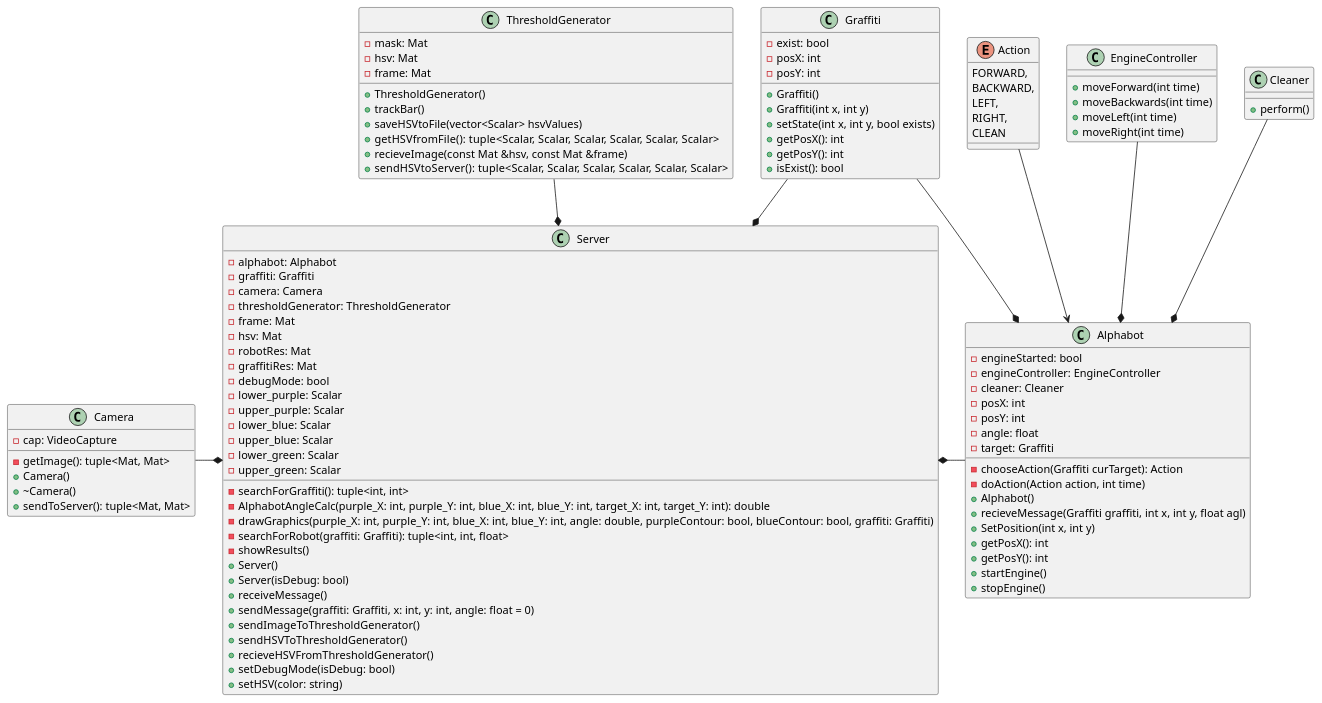
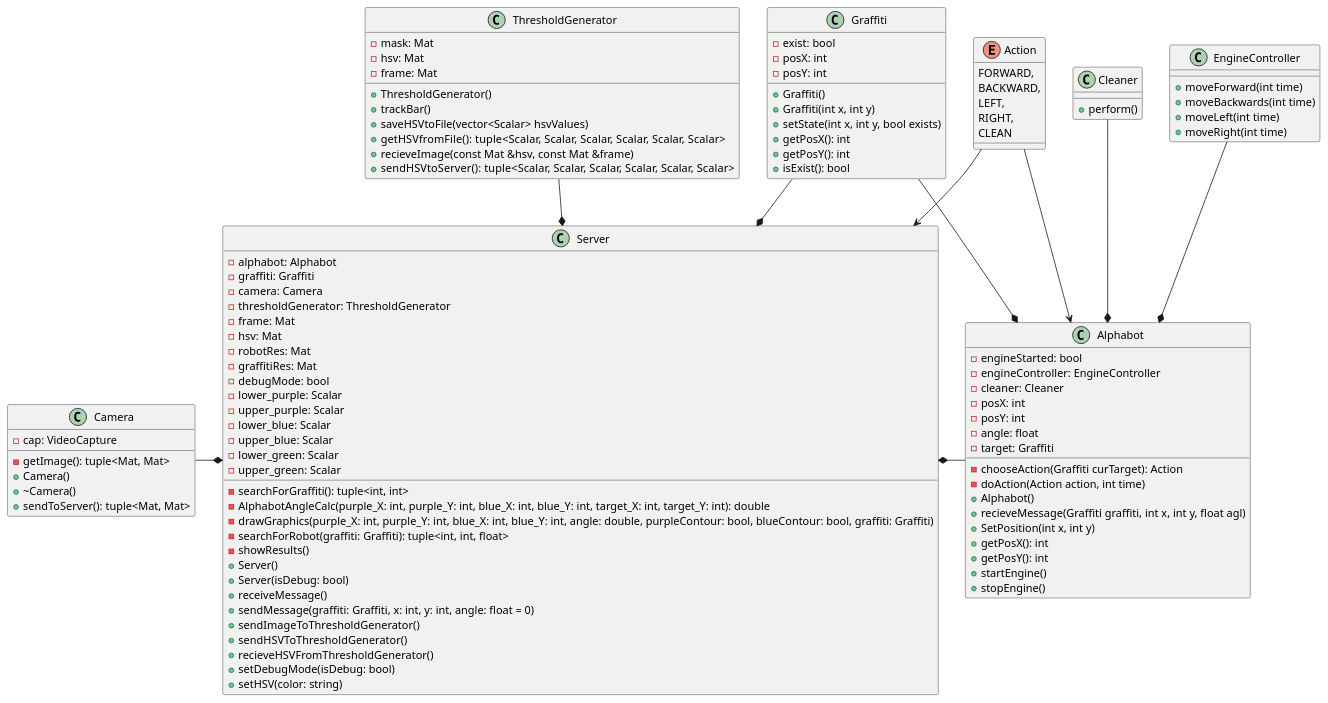
Before and after one commit to kolganovr/Alphabot: the diagram in plantUML.wsd, drawn with PlantUML. The commit also changed 11 other files, not shown here.

```diff
--- a/plantUML.wsd
+++ b/plantUML.wsd
@@ -1,114 +1,115 @@
 @startuml Alphabot
 
 enum Action {
     FORWARD,
     BACKWARD,
     LEFT,
     RIGHT,
     CLEAN
 }
 
 class EngineController {
     + moveForward(int time)
     + moveBackwards(int time)
     + moveLeft(int time)
     + moveRight(int time)
 }
 
 class Cleaner {
     + perform()
 }
 
 class Camera {
     - cap: VideoCapture
     - getImage(): tuple<Mat, Mat>
     + Camera()
     + ~Camera()
     + sendToServer(): tuple<Mat, Mat>
 }
 
 class Graffiti {
     - exist: bool
     - posX: int
     - posY: int
     + Graffiti()
     + Graffiti(int x, int y)
     + setState(int x, int y, bool exists)
     + getPosX(): int
     + getPosY(): int
     + isExist(): bool
 }
 
 class Alphabot {
     - engineStarted: bool
     - engineController: EngineController
     - cleaner: Cleaner
     - posX: int
     - posY: int
     - angle: float
     - target: Graffiti
     - chooseAction(Graffiti curTarget): Action
     - doAction(Action action, int time)
     + Alphabot()
     + recieveMessage(Graffiti graffiti, int x, int y, float agl)
     + SetPosition(int x, int y)
     + getPosX(): int
     + getPosY(): int
     + startEngine()
     + stopEngine()
 }
 
 class ThresholdGenerator {
     - mask: Mat
     - hsv: Mat
     - frame: Mat
     + ThresholdGenerator()
     + trackBar()
     + saveHSVtoFile(vector<Scalar> hsvValues)
     + getHSVfromFile(): tuple<Scalar, Scalar, Scalar, Scalar, Scalar, Scalar>
     + recieveImage(const Mat &hsv, const Mat &frame)
     + sendHSVtoServer(): tuple<Scalar, Scalar, Scalar, Scalar, Scalar, Scalar>
 }
 
 class Server {
 - alphabot: Alphabot
 - graffiti: Graffiti
 - camera: Camera
 - thresholdGenerator: ThresholdGenerator
 - frame: Mat
 - hsv: Mat
 - robotRes: Mat
 - graffitiRes: Mat
 - debugMode: bool
 - lower_purple: Scalar
 - upper_purple: Scalar
 - lower_blue: Scalar
 - upper_blue: Scalar
 - lower_green: Scalar
 - upper_green: Scalar
 - searchForGraffiti(): tuple<int, int>
 - AlphabotAngleCalc(purple_X: int, purple_Y: int, blue_X: int, blue_Y: int, target_X: int, target_Y: int): double
 - drawGraphics(purple_X: int, purple_Y: int, blue_X: int, blue_Y: int, angle: double, purpleContour: bool, blueContour: bool, graffiti: Graffiti)
 - searchForRobot(graffiti: Graffiti): tuple<int, int, float>
 - showResults()
 + Server()
 + Server(isDebug: bool)
 + receiveMessage()
 + sendMessage(graffiti: Graffiti, x: int, y: int, angle: float = 0)
 + sendImageToThresholdGenerator()
 + sendHSVToThresholdGenerator()
 + recieveHSVFromThresholdGenerator()
 + setDebugMode(isDebug: bool)
 + setHSV(color: string)
 
 }
 
 EngineController --* Alphabot
 Cleaner --* Alphabot
 Graffiti --* Alphabot
 Action --> Alphabot
+Action --> Server
 Graffiti --* Server
 ThresholdGenerator --* Server
 Camera -* Server
 Server *- Alphabot
 @enduml
```
